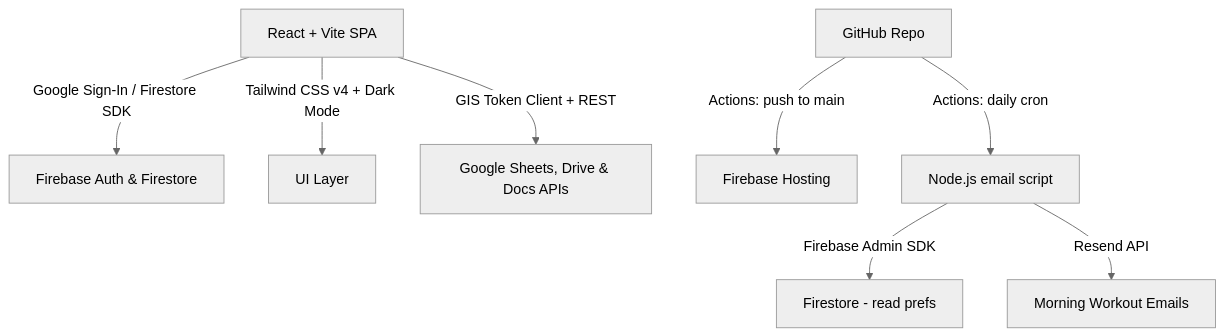
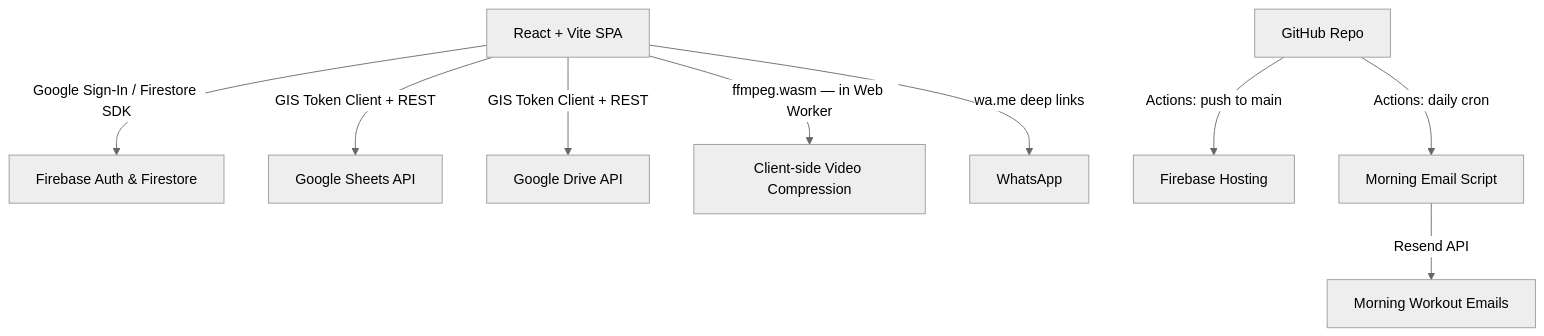
The diagram in docs/design_doc.md (themindfuldev/consultoria), drawn with Mermaid (neutral theme) before and after one commit. The commit also changed other lines of this file, not shown here.

First line of the commit message:
docs: rewrite design doc for v2 — sheets experience + video feedback loop

````diff
--- a/docs/design_doc.md
+++ b/docs/design_doc.md
@@ -20,10 +24,11 @@
 ```mermaid
 graph TD
     Client[React + Vite SPA] -->|Google Sign-In / Firestore SDK| Firebase[Firebase Auth & Firestore]
-    Client -->|Tailwind CSS v4 + Dark Mode| UI[UI Layer]
-    Client -->|GIS Token Client + REST| GoogleAPIs[Google Sheets, Drive & Docs APIs]
+    Client -->|GIS Token Client + REST| SheetsAPI[Google Sheets API]
+    Client -->|GIS Token Client + REST| DriveAPI[Google Drive API]
+    Client -->|ffmpeg.wasm — in Web Worker| VideoCompression[Client-side Video Compression]
+    Client -->|wa.me deep links| WhatsApp[WhatsApp]
     GitHub[GitHub Repo] -->|Actions: push to main| FirebaseHosting[Firebase Hosting]
-    GitHub -->|Actions: daily cron| EmailCron[Node.js email script]
-    EmailCron -->|Firebase Admin SDK| Firestore2[Firestore - read prefs]
+    GitHub -->|Actions: daily cron| EmailCron[Morning Email Script]
     EmailCron -->|Resend API| Email[Morning Workout Emails]
 ```
````
